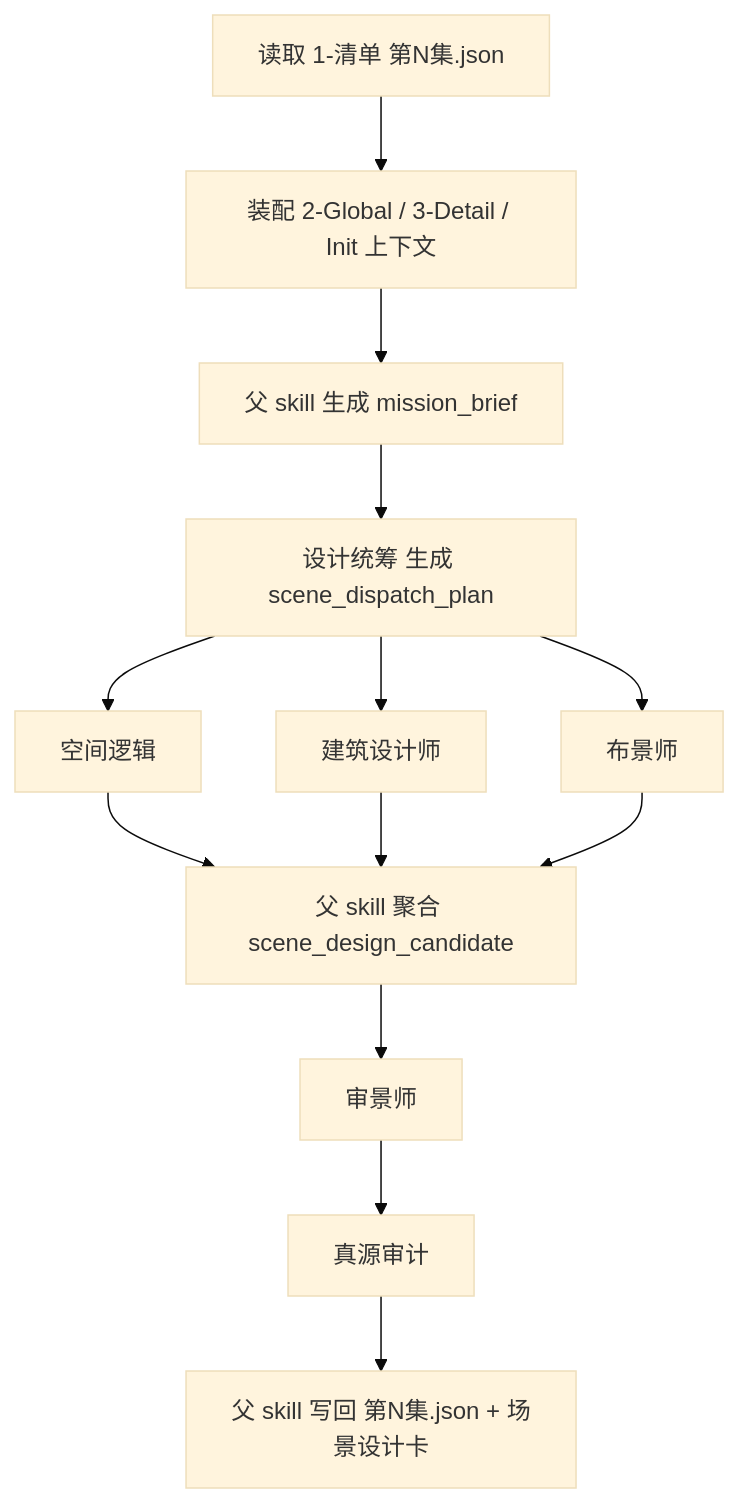
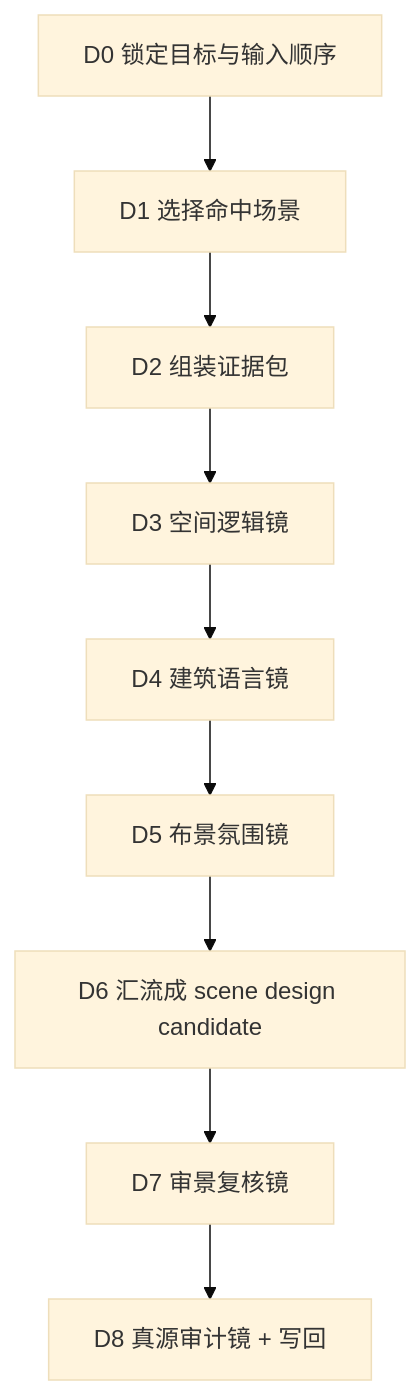
The first of 3 diagrams in .agents/skills/aigc/4-Design/1-场景/2-设计/SKILL.md (ZEN-VOID/AI-CUT), drawn with Mermaid (base theme) before and after one commit. The commit also changed other lines of this file and 182 other files, not shown here.

````diff
--- a/.agents/skills/aigc/4-Design/1-场景/2-设计/SKILL.md
+++ b/.agents/skills/aigc/4-Design/1-场景/2-设计/SKILL.md
@@ -58,15 +131,11 @@
 ```mermaid
 flowchart TD
-    A["读取 1-清单 第N集.json"] --> B["装配 2-Global / 3-Detail / Init 上下文"]
-    B --> C["父 skill 生成 mission_brief"]
-    C --> D["设计统筹 生成 scene_dispatch_plan"]
-    D --> E["空间逻辑"]
-    D --> F["建筑设计师"]
-    D --> G["布景师"]
-    E --> H["父 skill 聚合 scene_design_candidate"]
-    F --> H
-    G --> H
-    H --> I["审景师"]
-    I --> J["真源审计"]
-    J --> K["父 skill 写回 第N集.json + 场景设计卡"]
+    A["D0 锁定目标与输入顺序"] --> B["D1 选择命中场景"]
+    B --> C["D2 组装证据包"]
+    C --> D["D3 空间逻辑镜"]
+    D --> E["D4 建筑语言镜"]
+    E --> F["D5 布景氛围镜"]
+    F --> G["D6 汇流成 scene design candidate"]
+    G --> H["D7 审景复核镜"]
+    H --> I["D8 真源审计镜 + 写回"]
 ```
````
